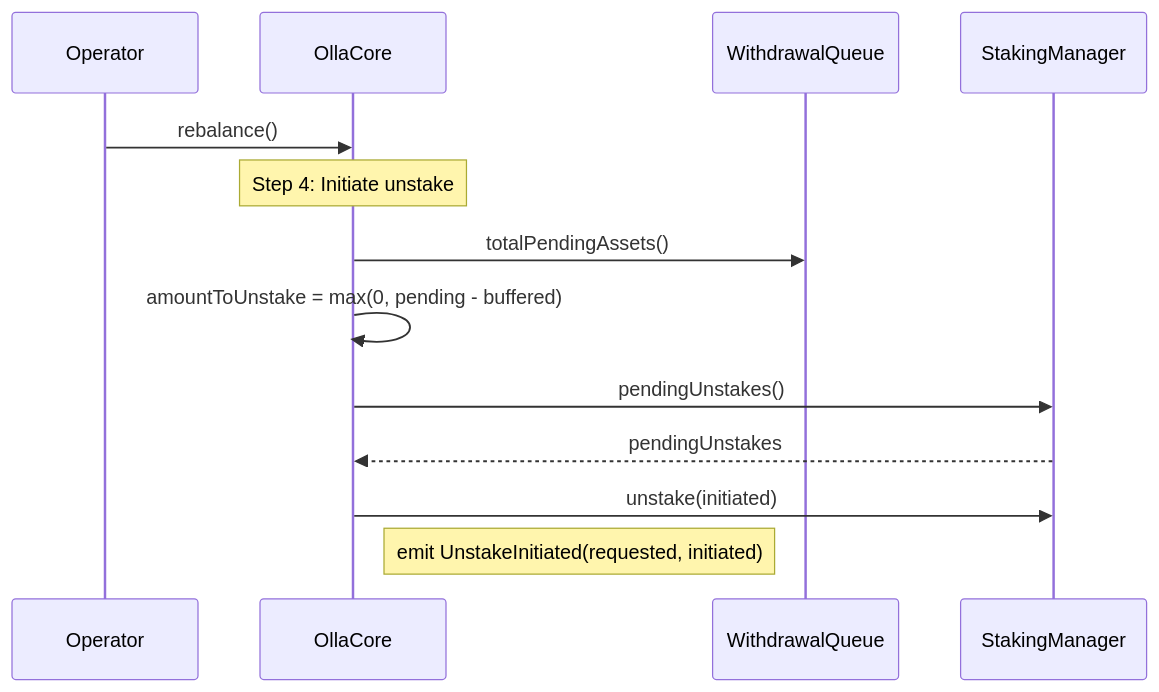
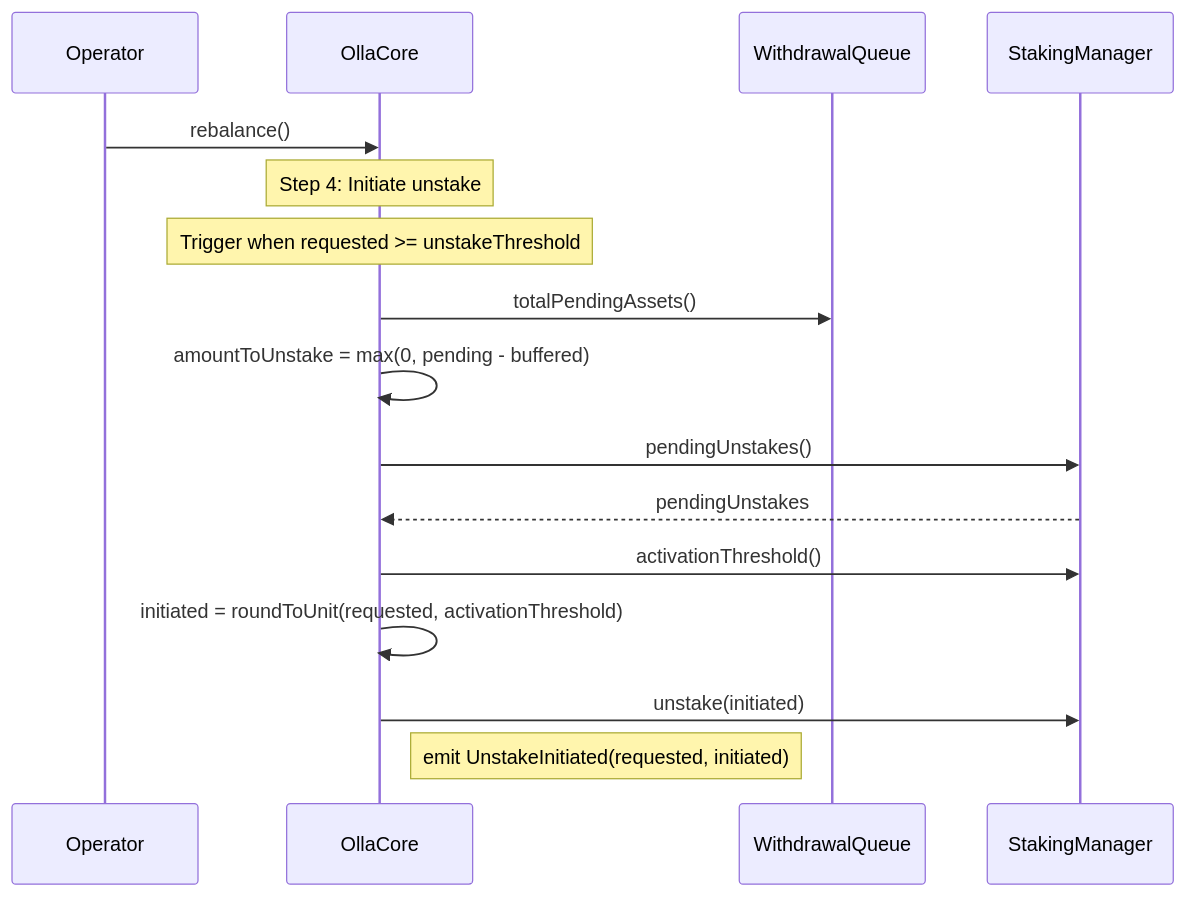
The seventh of 9 diagrams in mermaid-diagrams.md (ollafinance/core), drawn with Mermaid before and after one commit.

Commit message:
update diagrams with activation threshold

````diff
--- a/mermaid-diagrams.md
+++ b/mermaid-diagrams.md
@@ -239,16 +239,19 @@
 ```mermaid
 sequenceDiagram
     participant OP as Operator
     participant C as OllaCore
     participant WQ as WithdrawalQueue
     participant SM as StakingManager
 
     OP->>C: rebalance()
     Note over C: Step 4: Initiate unstake
+    Note over C: Trigger when requested >= unstakeThreshold
     C->>WQ: totalPendingAssets()
     C->>C: amountToUnstake = max(0, pending - buffered)
     C->>SM: pendingUnstakes()
     SM-->>C: pendingUnstakes
+    C->>SM: activationThreshold()
+    C->>C: initiated = roundToUnit(requested, activationThreshold)
     C->>SM: unstake(initiated)
     Note right of C: emit UnstakeInitiated(requested, initiated)
 ```
````
